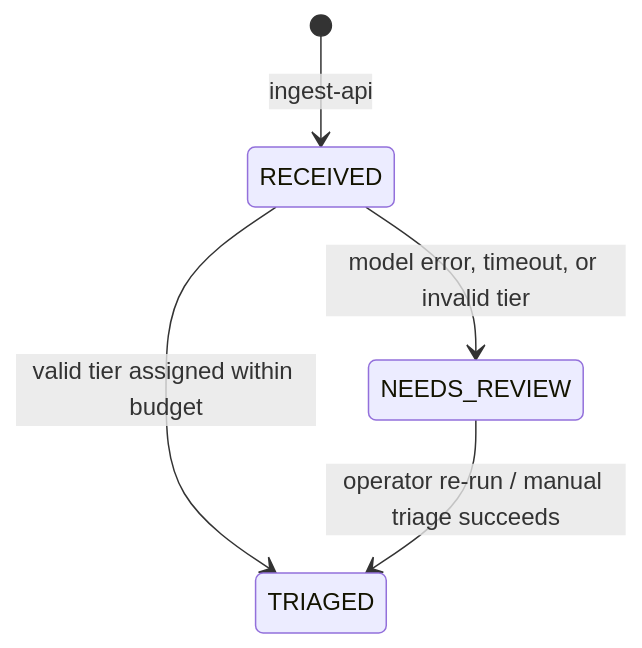
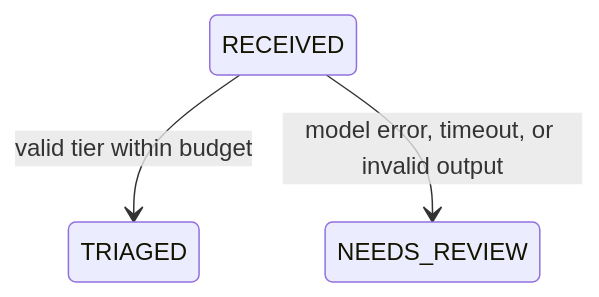
The third of 3 diagrams in docs/design/triage.md (Katlego-tech/Grid-Lock), drawn with Mermaid before and after one commit. The commit also changed other lines of this file and 4 other files, not shown here.

````diff
--- a/docs/design/triage.md
+++ b/docs/design/triage.md
@@ -188,7 +172,5 @@
 ```mermaid
 stateDiagram-v2
-    [*] --> RECEIVED : ingest-api
-    RECEIVED --> TRIAGED : valid tier assigned within budget
-    RECEIVED --> NEEDS_REVIEW : model error, timeout, or invalid tier
-    NEEDS_REVIEW --> TRIAGED : operator re-run / manual triage succeeds
+    RECEIVED --> TRIAGED : valid tier within budget
+    RECEIVED --> NEEDS_REVIEW : model error, timeout, or invalid output
 ```
````
